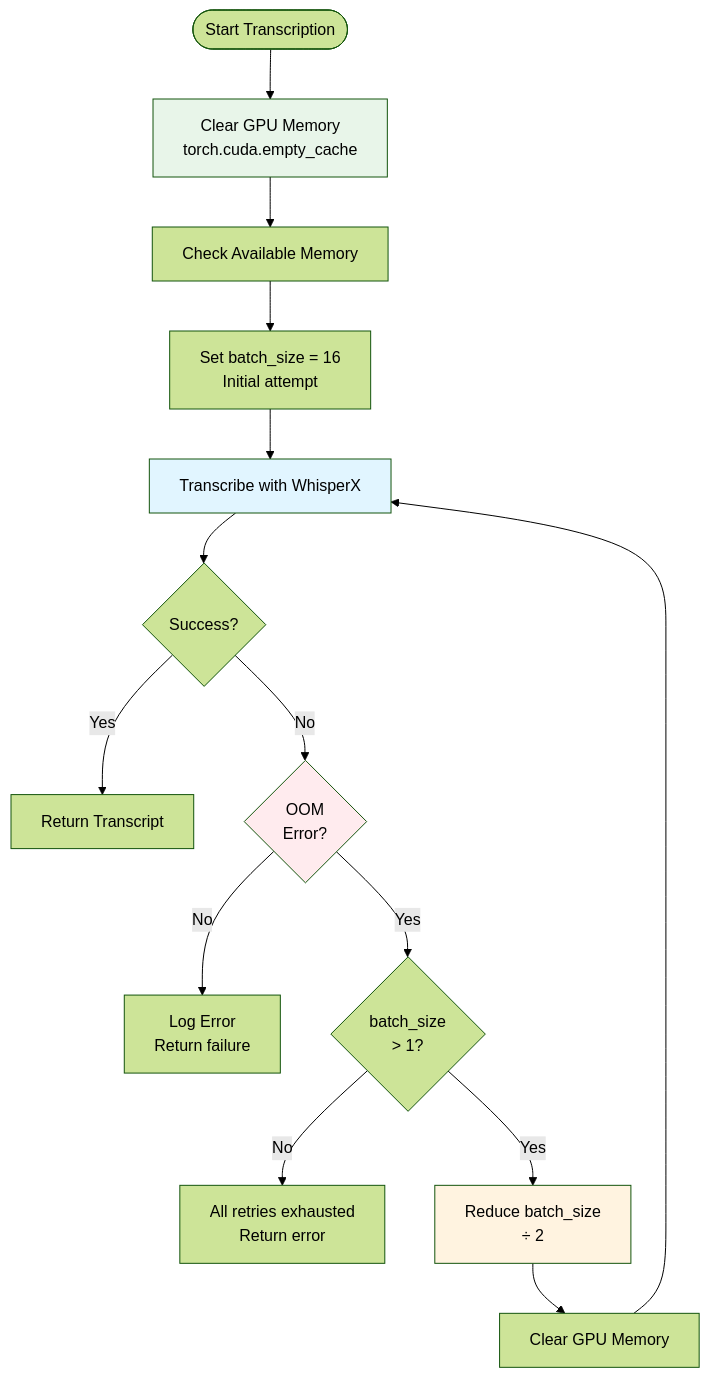
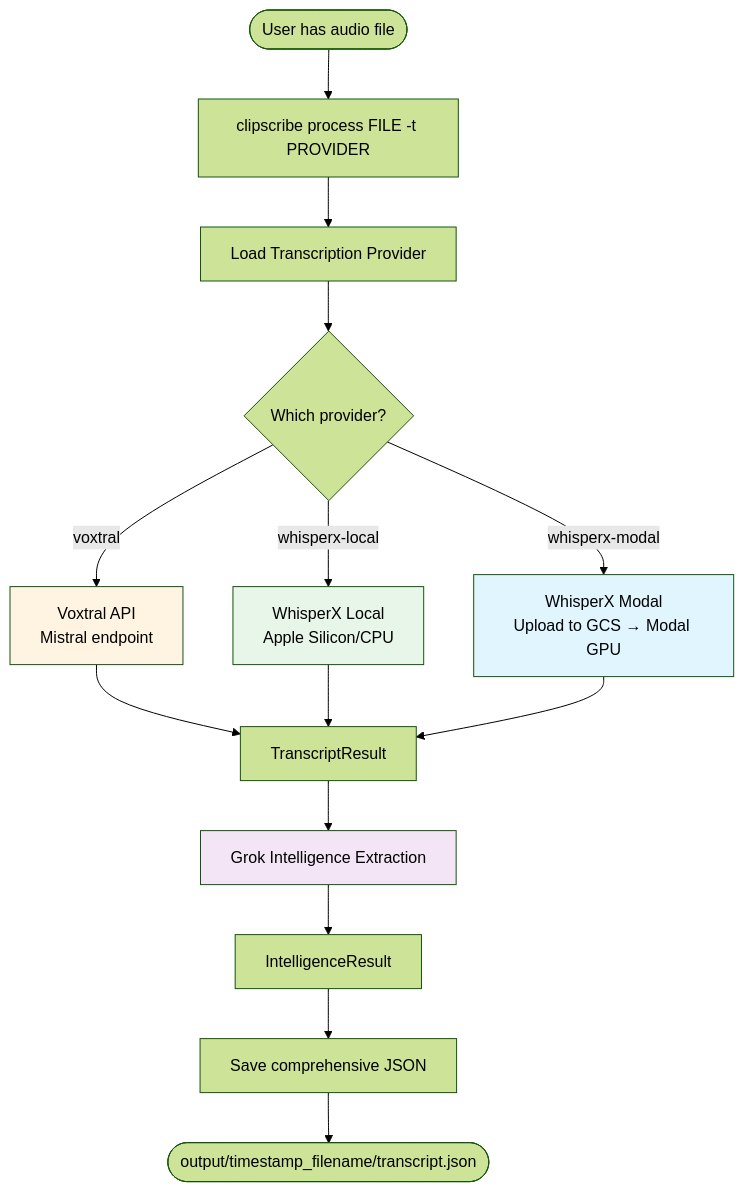
The second of 3 diagrams in docs/ARCHITECTURE.md (bubroz/clipscribe), drawn with Mermaid (forest theme) before and after one commit. The commit also changed other lines of this file and 3 other files, not shown here.

````diff
--- a/docs/ARCHITECTURE.md
+++ b/docs/ARCHITECTURE.md
@@ -177,25 +257,26 @@
 ```mermaid
 flowchart TD
-    Start([Start Transcription]) --> ClearMem[Clear GPU Memory<br/>torch.cuda.empty_cache]
-    ClearMem --> CheckMem[Check Available Memory]
-    CheckMem --> SetBatch[Set batch_size = 16<br/>Initial attempt]
+    Start([User has audio file]) --> Command[clipscribe process FILE -t PROVIDER]
     
-    SetBatch --> Transcribe[Transcribe with WhisperX]
-    Transcribe --> Success{Success?}
+    Command --> LoadProvider[Load Transcription Provider]
+    LoadProvider --> Choice{Which provider?}
     
-    Success -->|Yes| Return[Return Transcript]
-    Success -->|No| CheckError{OOM<br/>Error?}
+    Choice -->|voxtral| VoxtralAPI[Voxtral API<br/>Mistral endpoint]
+    Choice -->|whisperx-local| LocalCPU[WhisperX Local<br/>Apple Silicon/CPU]
+    Choice -->|whisperx-modal| ModalGPU[WhisperX Modal<br/>Upload to GCS → Modal GPU]
     
-    CheckError -->|No| OtherError[Log Error<br/>Return failure]
-    CheckError -->|Yes| CheckBatch{batch_size<br/>> 1?}
+    VoxtralAPI --> Transcript[TranscriptResult]
+    LocalCPU --> Transcript
+    ModalGPU --> Transcript
     
-    CheckBatch -->|No| FinalFail[All retries exhausted<br/>Return error]
-    CheckBatch -->|Yes| ReduceBatch[Reduce batch_size<br/>÷ 2]
-    ReduceBatch --> ClearMem2[Clear GPU Memory]
-    ClearMem2 --> Transcribe
+    Transcript --> GrokExtract[Grok Intelligence Extraction]
+    GrokExtract --> Intelligence[IntelligenceResult]
     
-    style ClearMem fill:#e8f5e9
-    style Transcribe fill:#e1f5ff
-    style CheckError fill:#ffebee
-    style ReduceBatch fill:#fff3e0
+    Intelligence --> Save[Save comprehensive JSON]
+    Save --> End([output/timestamp_filename/transcript.json])
+    
+    style VoxtralAPI fill:#fff4e1
+    style LocalCPU fill:#e8f5e9
+    style ModalGPU fill:#e1f5ff
+    style GrokExtract fill:#f3e5f5
 ```
````
